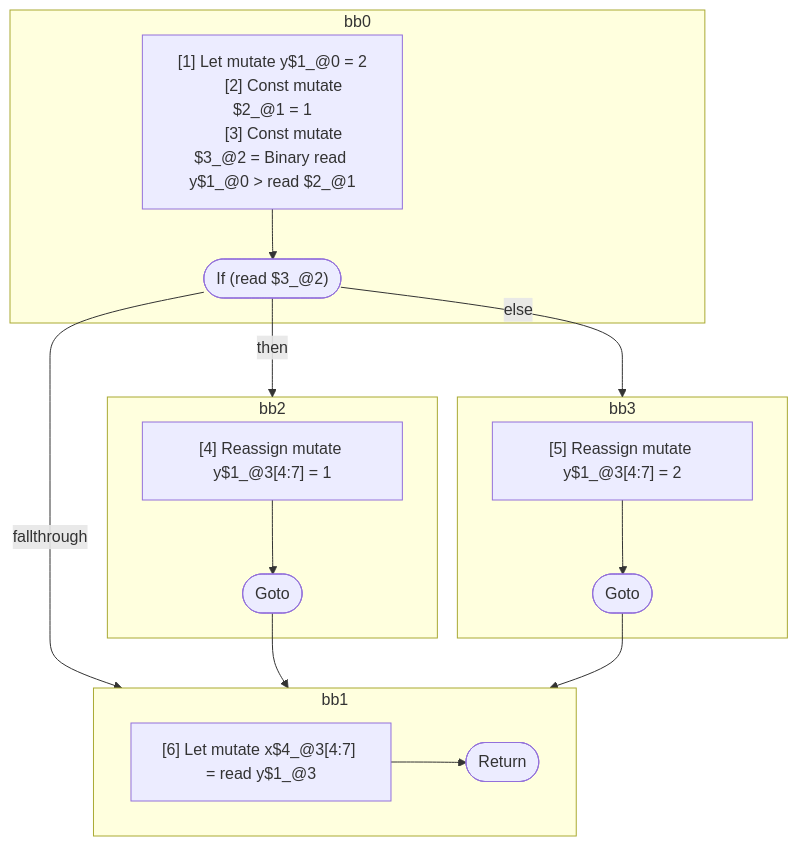
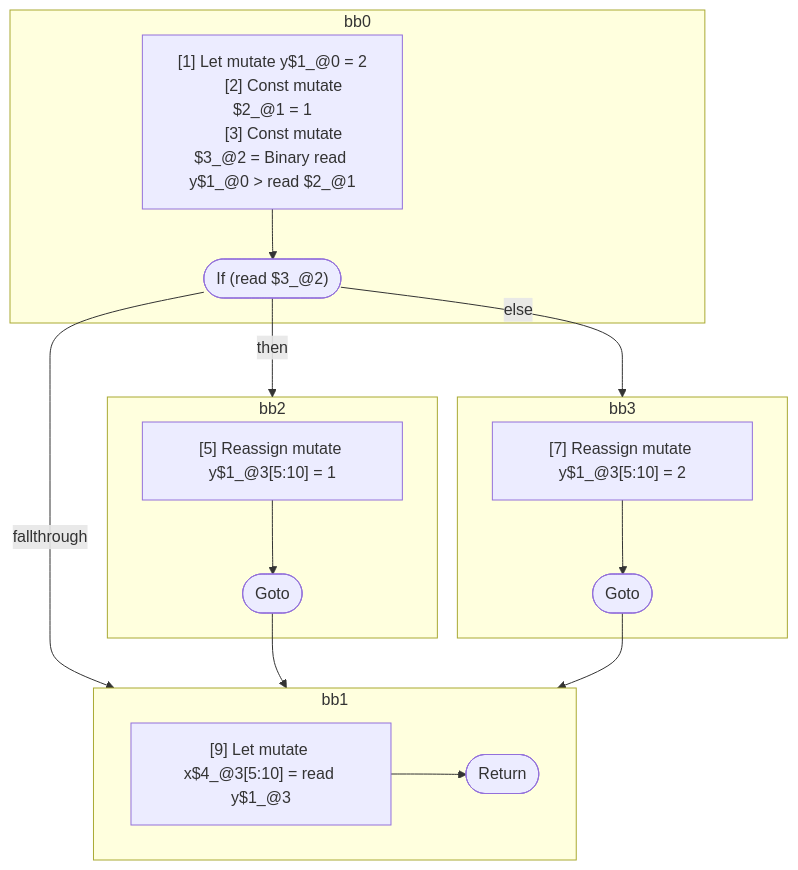
One commit to wutsmog/private changed the diagram in compiler/forget/src/__tests__/fixtures/hir/ssa-simple-phi.expect.md. Above: the diagram before and after it, drawn with Mermaid. The commit also changed other lines of this file and 61 other files, not shown here.

````diff
--- a/compiler/forget/src/__tests__/fixtures/hir/ssa-simple-phi.expect.md
+++ b/compiler/forget/src/__tests__/fixtures/hir/ssa-simple-phi.expect.md
@@ -43,38 +43,38 @@
 ```mermaid
 flowchart TB
   %% Basic Blocks
   subgraph bb0
     bb0_instrs["
       [1] Let mutate y$1_@0 = 2
       [2] Const mutate $2_@1 = 1
       [3] Const mutate $3_@2 = Binary read y$1_@0 > read $2_@1
     "]
     bb0_instrs --> bb0_terminal(["If (read $3_@2)"])
   end
   subgraph bb2
     bb2_instrs["
-      [4] Reassign mutate y$1_@3[4:7] = 1
+      [5] Reassign mutate y$1_@3[5:10] = 1
     "]
     bb2_instrs --> bb2_terminal(["Goto"])
   end
   subgraph bb3
     bb3_instrs["
-      [5] Reassign mutate y$1_@3[4:7] = 2
+      [7] Reassign mutate y$1_@3[5:10] = 2
     "]
     bb3_instrs --> bb3_terminal(["Goto"])
   end
   subgraph bb1
     bb1_instrs["
-      [6] Let mutate x$4_@3[4:7] = read y$1_@3
+      [9] Let mutate x$4_@3[5:10] = read y$1_@3
     "]
     bb1_instrs --> bb1_terminal(["Return"])
   end
 
   %% Jumps
   bb0_terminal -- "then" --> bb2
   bb0_terminal -- "else" --> bb3
   bb0_terminal -- "fallthrough" --> bb1
   bb2_terminal --> bb1
   bb3_terminal --> bb1
 
 ```
````
